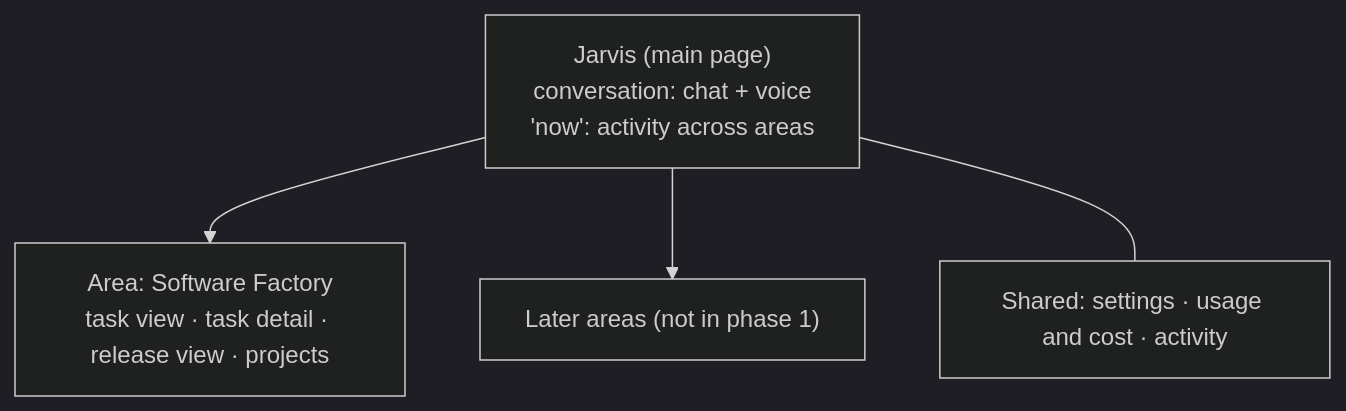
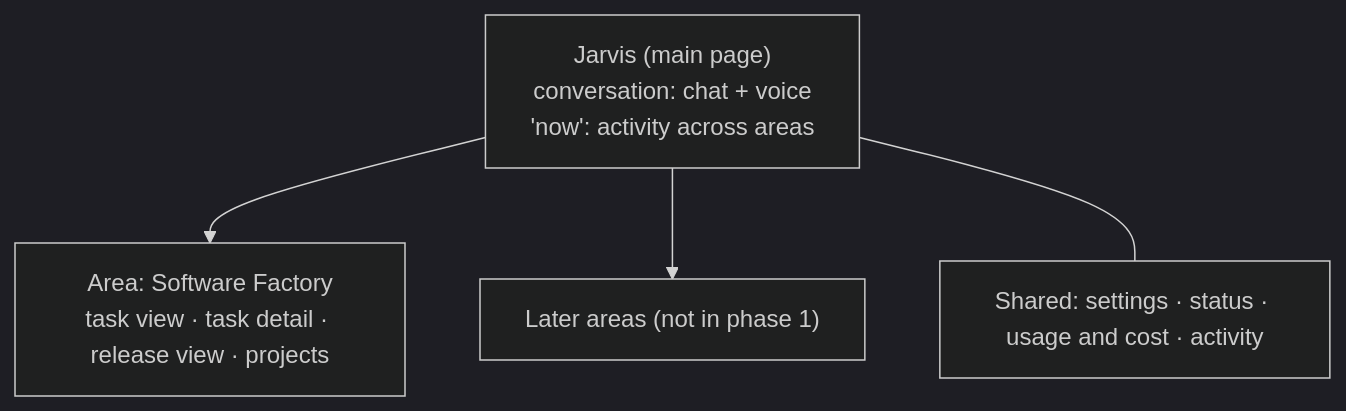
Before and after one commit to DanAakesen/jarvis: the first of 2 diagrams in PRODUCT.md, drawn with Mermaid (dark theme). The commit also changed other lines of this file and 17 other files, not shown here.

````diff
--- a/PRODUCT.md
+++ b/PRODUCT.md
@@ -142,7 +142,7 @@
 ```mermaid
 flowchart TB
     J["Jarvis (main page)<br/>conversation: chat + voice<br/>'now': activity across areas"]
     J --> SF["Area: Software Factory<br/>task view · task detail · release view · projects"]
     J --> X["Later areas (not in phase 1)"]
-    J --- S["Shared: settings · usage and cost · activity"]
+    J --- S["Shared: settings · status · usage and cost · activity"]
 ```
````
